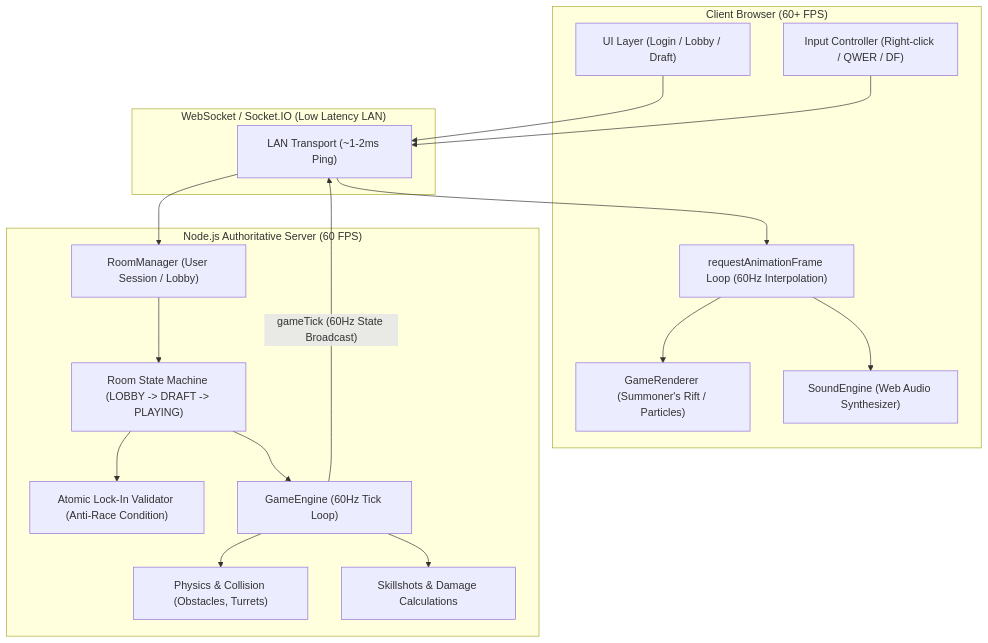
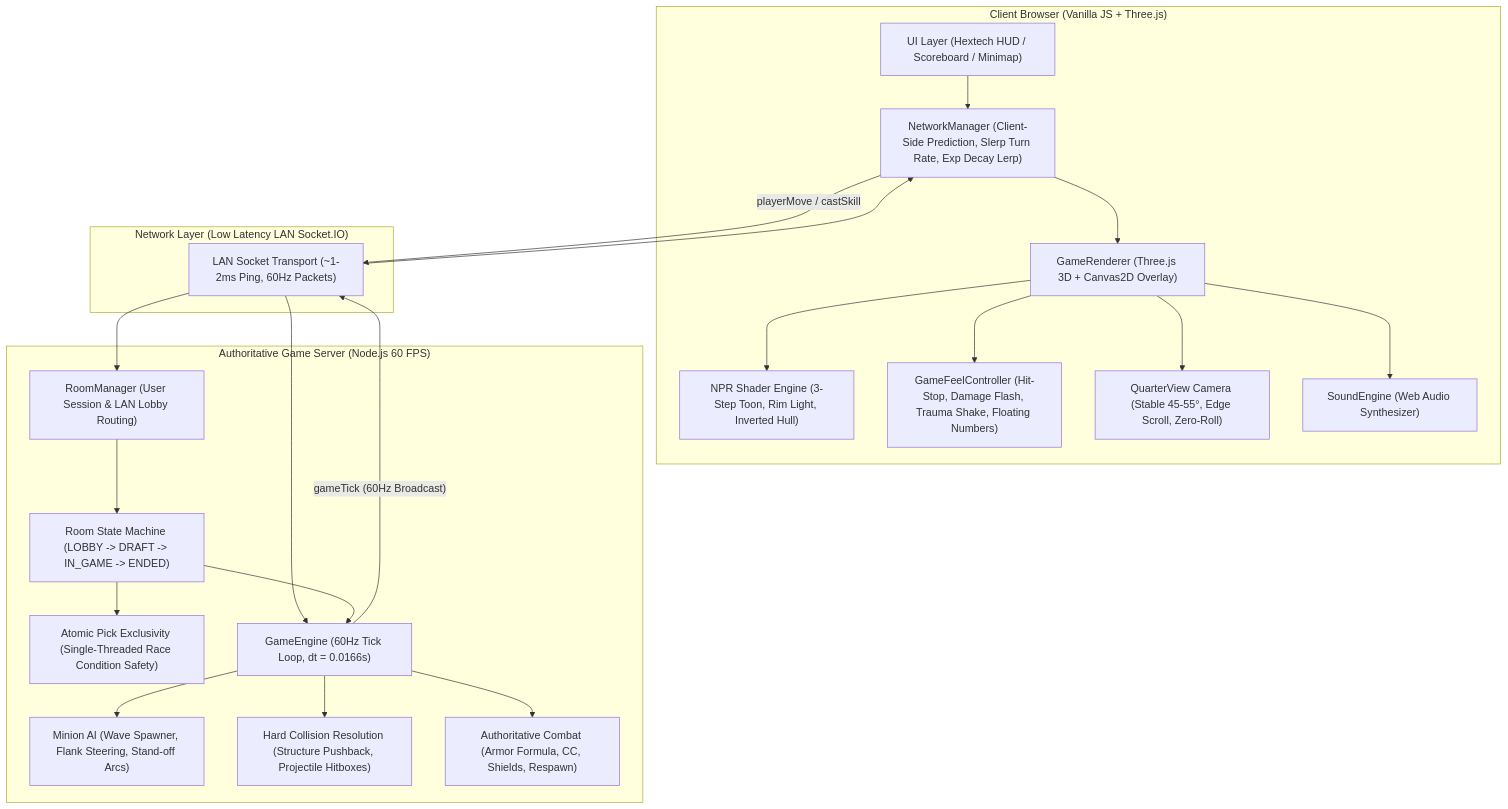
Before and after one commit to iamywl/Web_game: the first of 2 diagrams in docs/ARCHITECTURE.md, drawn with Mermaid. The commit also changed other lines of this file and 543 other files, not shown here.

````diff
--- a/docs/ARCHITECTURE.md
+++ b/docs/ARCHITECTURE.md
@@ -9,36 +9,44 @@
 ```mermaid
 flowchart TD
-    subgraph Client ["Client Browser (60+ FPS)"]
-        UI["UI Layer (Login / Lobby / Draft)"]
-        Renderer["GameRenderer (Summoner's Rift / Particles)"]
-        Input["Input Controller (Right-click / QWER / DF)"]
+    subgraph Client ["Client Browser (Vanilla JS + Three.js)"]
+        UI["UI Layer (Hextech HUD / Scoreboard / Minimap)"]
+        Renderer["GameRenderer (Three.js 3D + Canvas2D Overlay)"]
+        NPR["NPR Shader Engine (3-Step Toon, Rim Light, Inverted Hull)"]
+        Juice["GameFeelController (Hit-Stop, Damage Flash, Trauma Shake, Floating Numbers)"]
+        Cam["QuarterView Camera (Stable 45-55°, Edge Scroll, Zero-Roll)"]
+        NetClient["NetworkManager (Client-Side Prediction, Slerp Turn Rate, Exp Decay Lerp)"]
         Audio["SoundEngine (Web Audio Synthesizer)"]
-        Loop["requestAnimationFrame Loop (60Hz Interpolation)"]
     end
 
-    subgraph Network ["WebSocket / Socket.IO (Low Latency LAN)"]
-        Packets["LAN Transport (~1-2ms Ping)"]
+    subgraph Transport ["Network Layer (Low Latency LAN Socket.IO)"]
+        LAN["LAN Socket Transport (~1-2ms Ping, 60Hz Packets)"]
     end
 
-    subgraph Server ["Node.js Authoritative Server (60 FPS)"]
-        RM["RoomManager (User Session / Lobby)"]
-        Room["Room State Machine (LOBBY -> DRAFT -> PLAYING)"]
-        LockIn["Atomic Lock-In Validator (Anti-Race Condition)"]
-        Engine["GameEngine (60Hz Tick Loop)"]
-        Physics["Physics & Collision (Obstacles, Turrets)"]
-        Combat["Skillshots & Damage Calculations"]
+    subgraph Server ["Authoritative Game Server (Node.js 60 FPS)"]
+        RM["RoomManager (User Session & LAN Lobby Routing)"]
+        Room["Room State Machine (LOBBY -> DRAFT -> IN_GAME -> ENDED)"]
+        DraftLock["Atomic Pick Exclusivity (Single-Threaded Race Condition Safety)"]
+        Engine["GameEngine (60Hz Tick Loop, dt = 0.0166s)"]
+        MinionAI["Minion AI (Wave Spawner, Flank Steering, Stand-off Arcs)"]
+        Physics["Hard Collision Resolution (Structure Pushback, Projectile Hitboxes)"]
+        Combat["Authoritative Combat (Armor Formula, CC, Shields, Respawn)"]
     end
 
-    UI --> Packets
-    Input --> Packets
-    Packets --> RM
+    UI --> NetClient
+    NetClient -- "playerMove / castSkill" --> LAN
+    LAN --> Engine
+    LAN --> RM
     RM --> Room
-    Room --> LockIn
+    Room --> DraftLock
     Room --> Engine
+    Engine --> MinionAI
     Engine --> Physics
     Engine --> Combat
-    Engine -- "gameTick (60Hz State Broadcast)" --> Packets
-    Packets --> Loop
-    Loop --> Renderer
-    Loop --> Audio
+    Engine -- "gameTick (60Hz Broadcast)" --> LAN
+    LAN --> NetClient
+    NetClient --> Renderer
+    Renderer --> NPR
+    Renderer --> Cam
+    Renderer --> Juice
+    Renderer --> Audio
 ```
````
